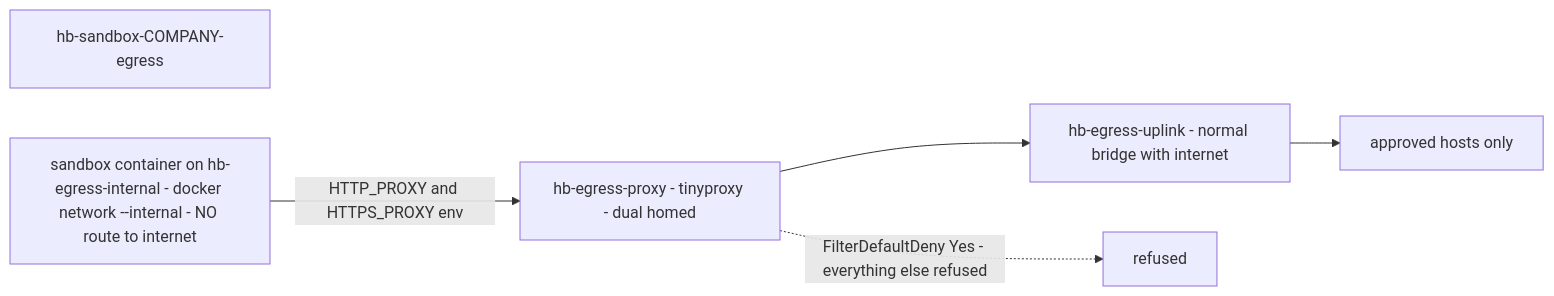
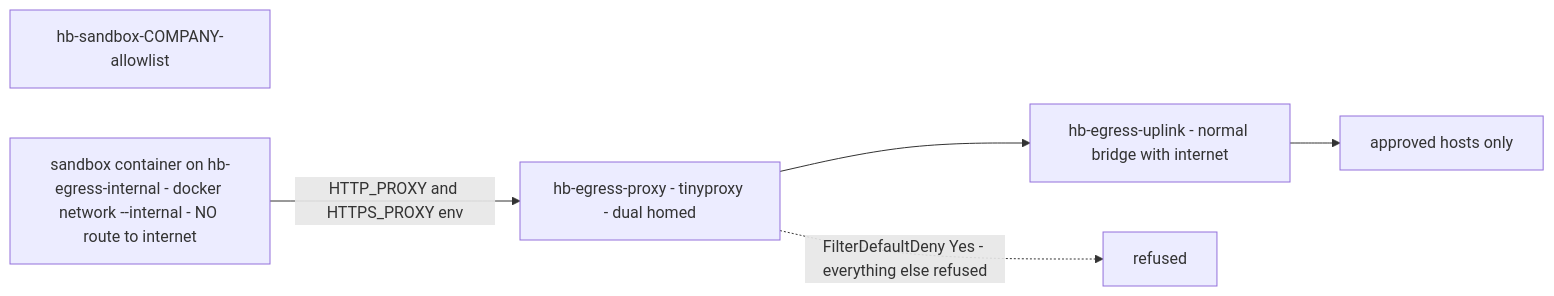
Diagram 16 of 23 in docs/current/09-tools.md (gondolerahul/hire-buddha-app), drawn with Mermaid before and after one commit. The commit also changed other lines of this file and 26 other files, not shown here.

````diff
--- a/docs/current/09-tools.md
+++ b/docs/current/09-tools.md
@@ -1216,11 +1232,11 @@
 ```mermaid
 graph LR
-    SBX["hb-sandbox-COMPANY-egress"] 
+    SBX["hb-sandbox-COMPANY-allowlist"] 
     SBX2["sandbox container on hb-egress-internal - docker network --internal - NO route to internet"]
     PROXY["hb-egress-proxy - tinyproxy - dual homed"]
     UP["hb-egress-uplink - normal bridge with internet"]
     NET["approved hosts only"]
     SBX2 -->|"HTTP_PROXY and HTTPS_PROXY env"| PROXY
     PROXY --> UP --> NET
     PROXY -.->|"FilterDefaultDeny Yes - everything else refused"| DENY["refused"]
 ```
````
